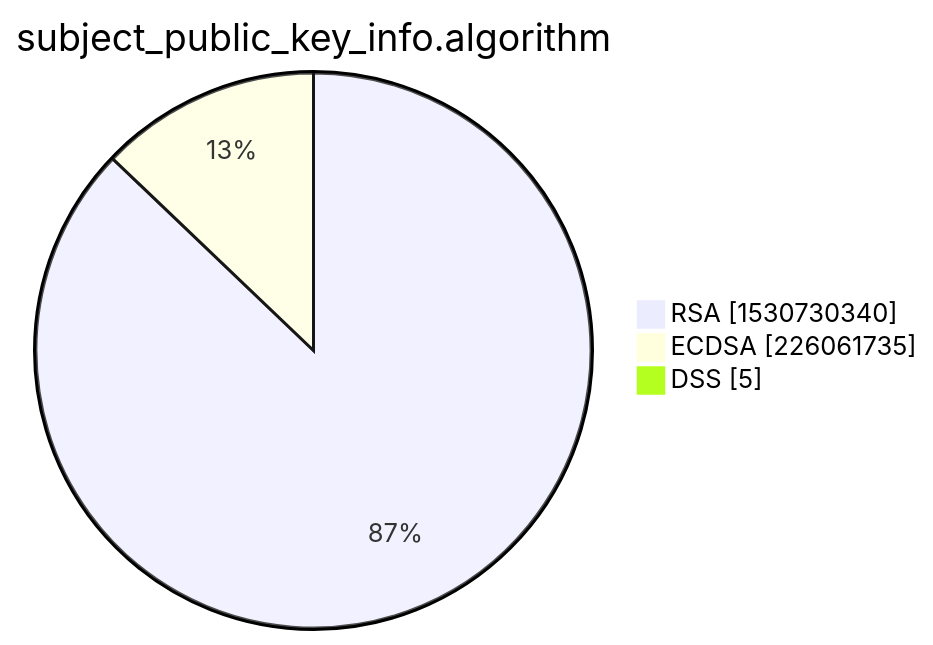
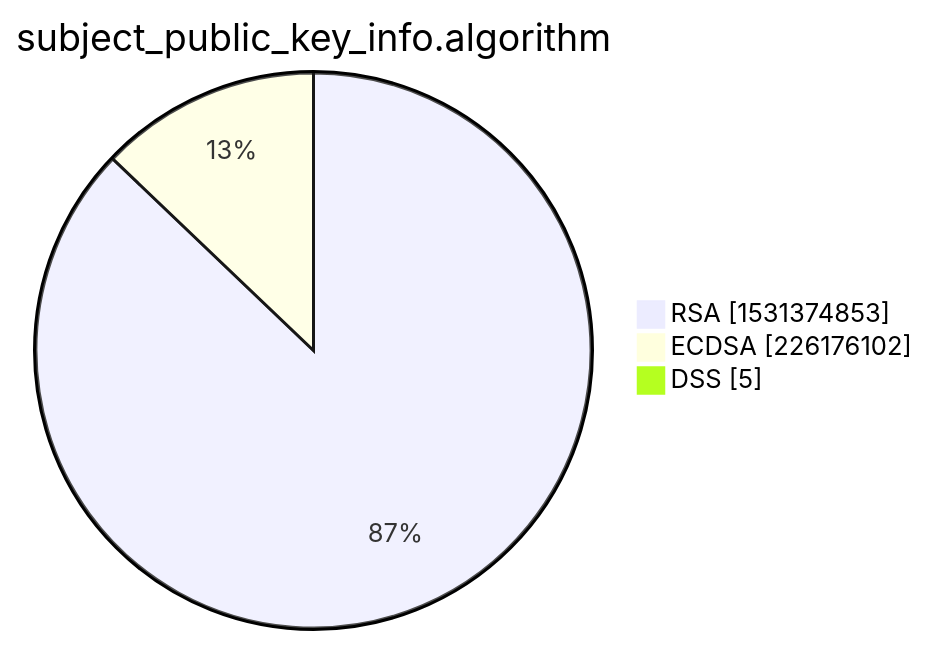
One commit to christiankrug/ctmonitor_visualization changed the third of 15 diagrams in xenon2022/README.md. Above: the diagram before and after it, drawn with Mermaid. The commit also changed other lines of this file, not shown here.

````diff
--- a/xenon2022/README.md
+++ b/xenon2022/README.md
@@ -14,7 +14,7 @@
 ```mermaid
 pie showData
 title subject_public_key_info.algorithm
-"RSA" :1530730340
-"ECDSA" :226061735
+"RSA" :1531374853
+"ECDSA" :226176102
 "DSS" :5
 ```
````
